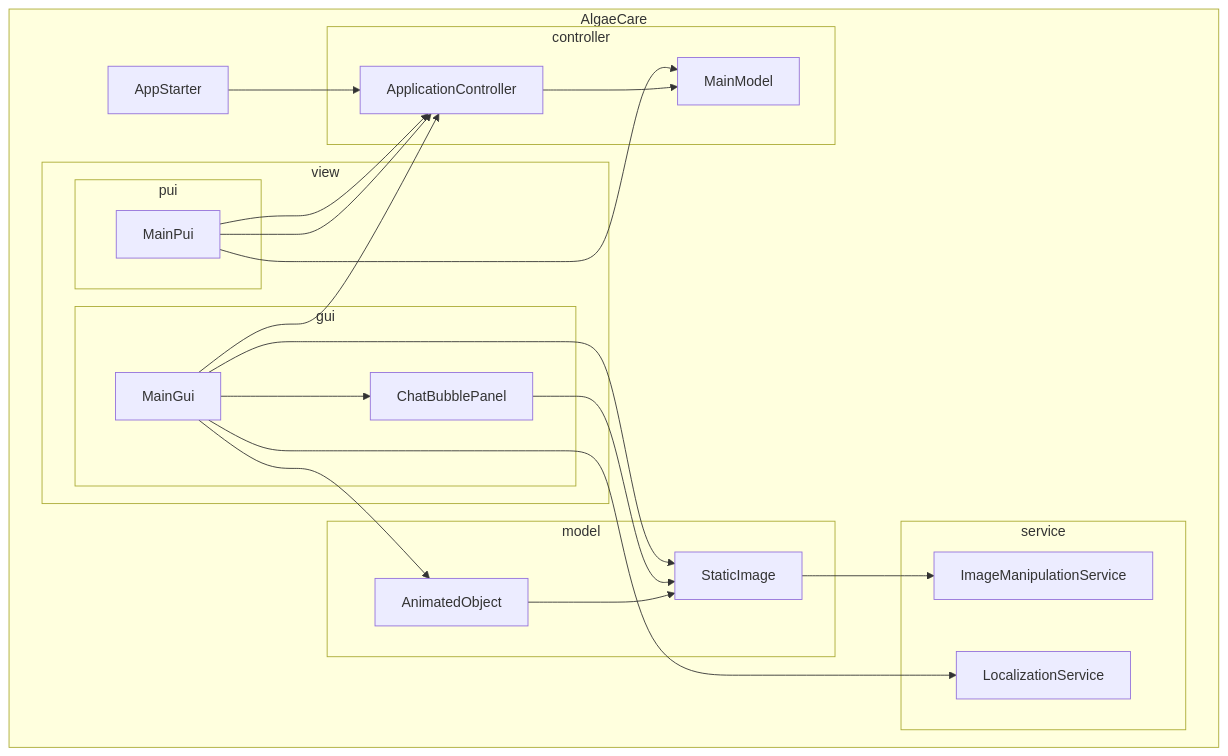
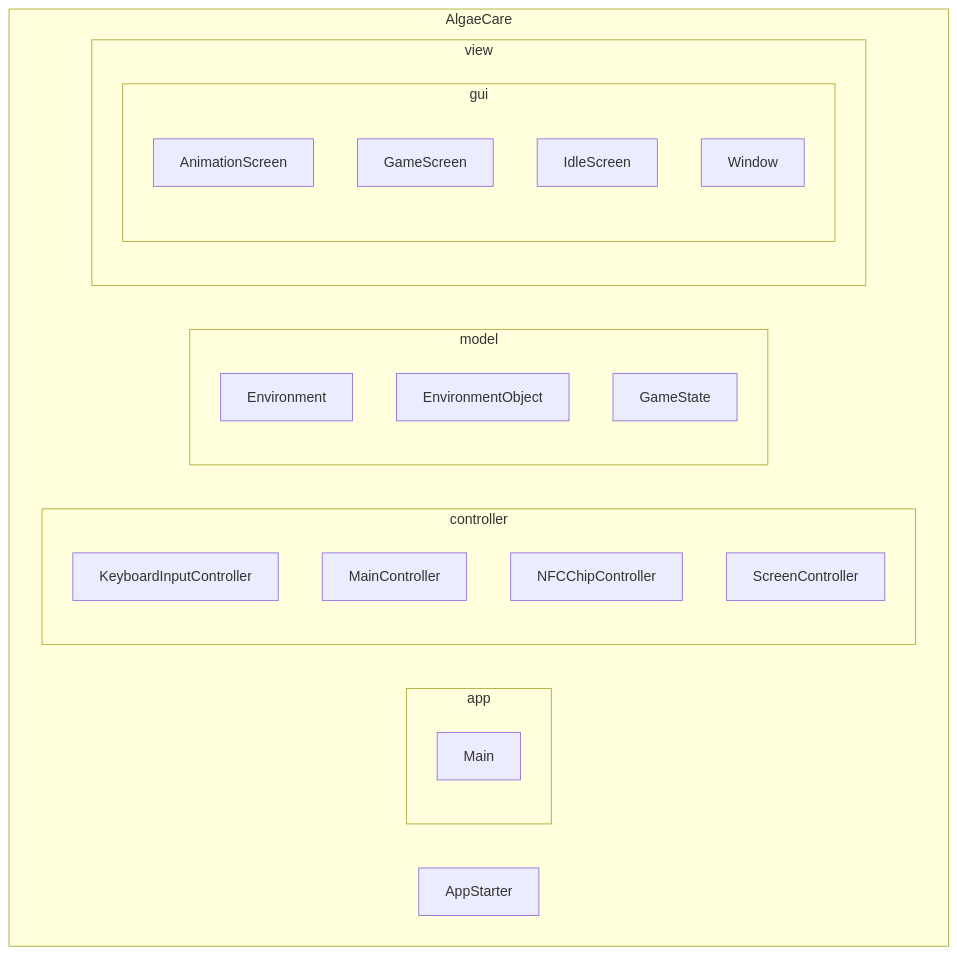
One commit to algaecare/documentation changed the second of 4 diagrams in content/sad/bausteinsicht.mdx. Above: the diagram before and after it, drawn with Mermaid. The commit also changed other lines of this file, not shown here.

Commit message:
update Bausteinsicht. einfügung von plant uml klassendiagram

````diff
--- a/content/sad/bausteinsicht.mdx
+++ b/content/sad/bausteinsicht.mdx
@@ -35,41 +32,29 @@
 ```mermaid
 graph TD
     subgraph AlgaeCare
+        subgraph app
+            Main
+        end
         subgraph controller
-            ApplicationController
-            MainModel
+            KeyboardInputController
+            MainController
+            NFCChipController
+            ScreenController
         end
         subgraph model
-            StaticImage
-            AnimatedObject
-        end
-        subgraph service
-            ImageManipulationService
-            LocalizationService
+            Environment
+            EnvironmentObject
+            GameState
         end
         subgraph view
             subgraph gui
-                MainGui
-                ChatBubblePanel
-            end
-            subgraph pui
-                MainPui
+                AnimationScreen
+                GameScreen
+                IdleScreen
+                ScreenController
+                Window
             end
         end
         AppStarter
     end
-
-    AppStarter --> ApplicationController
-    ApplicationController --> MainModel
-    MainGui --> ApplicationController
-    MainPui --> ApplicationController
-    StaticImage --> ImageManipulationService
-    AnimatedObject --> StaticImage
-    ChatBubblePanel --> StaticImage
-    MainGui --> LocalizationService
-    MainGui --> StaticImage
-    MainGui --> AnimatedObject
-    MainGui --> ChatBubblePanel
-    MainPui --> MainModel
-    MainPui --> ApplicationController
 ```
````
